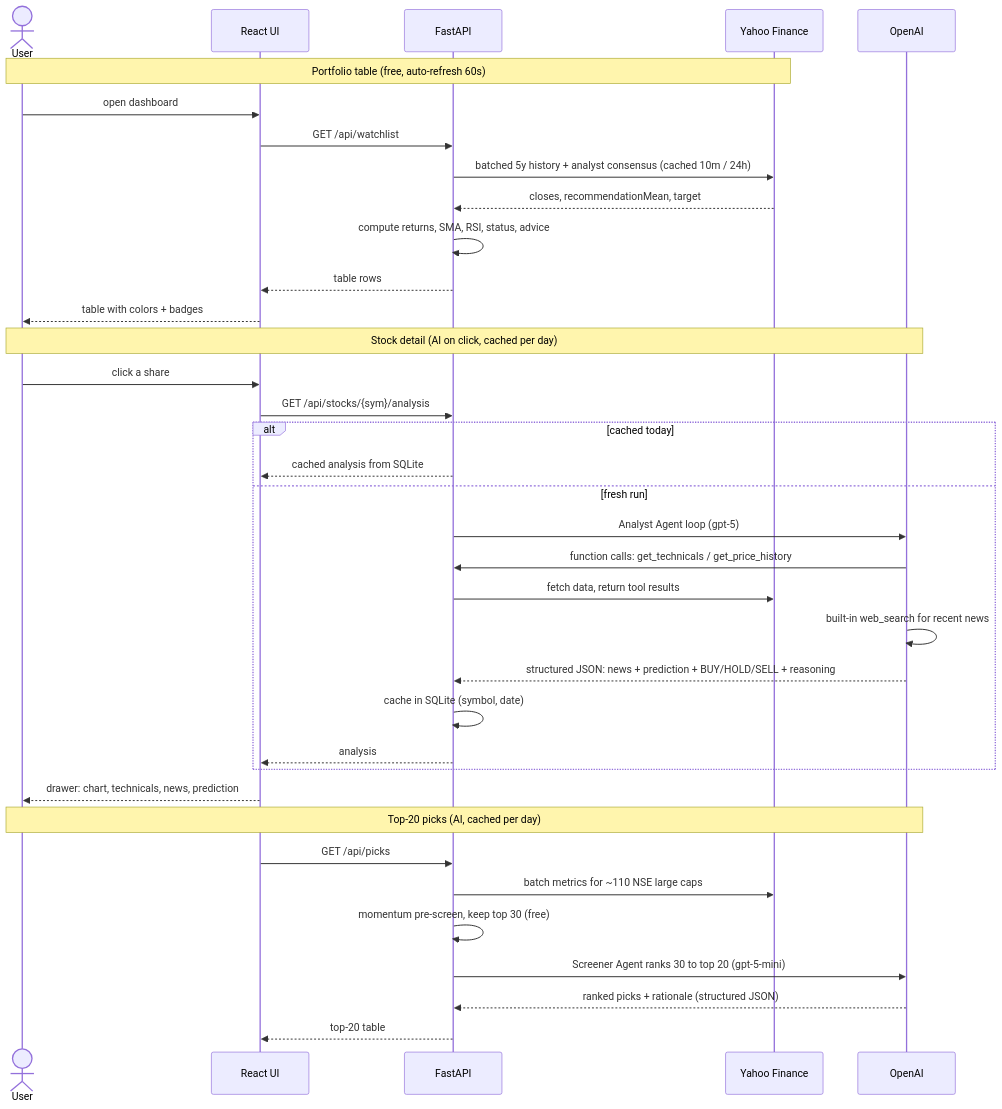
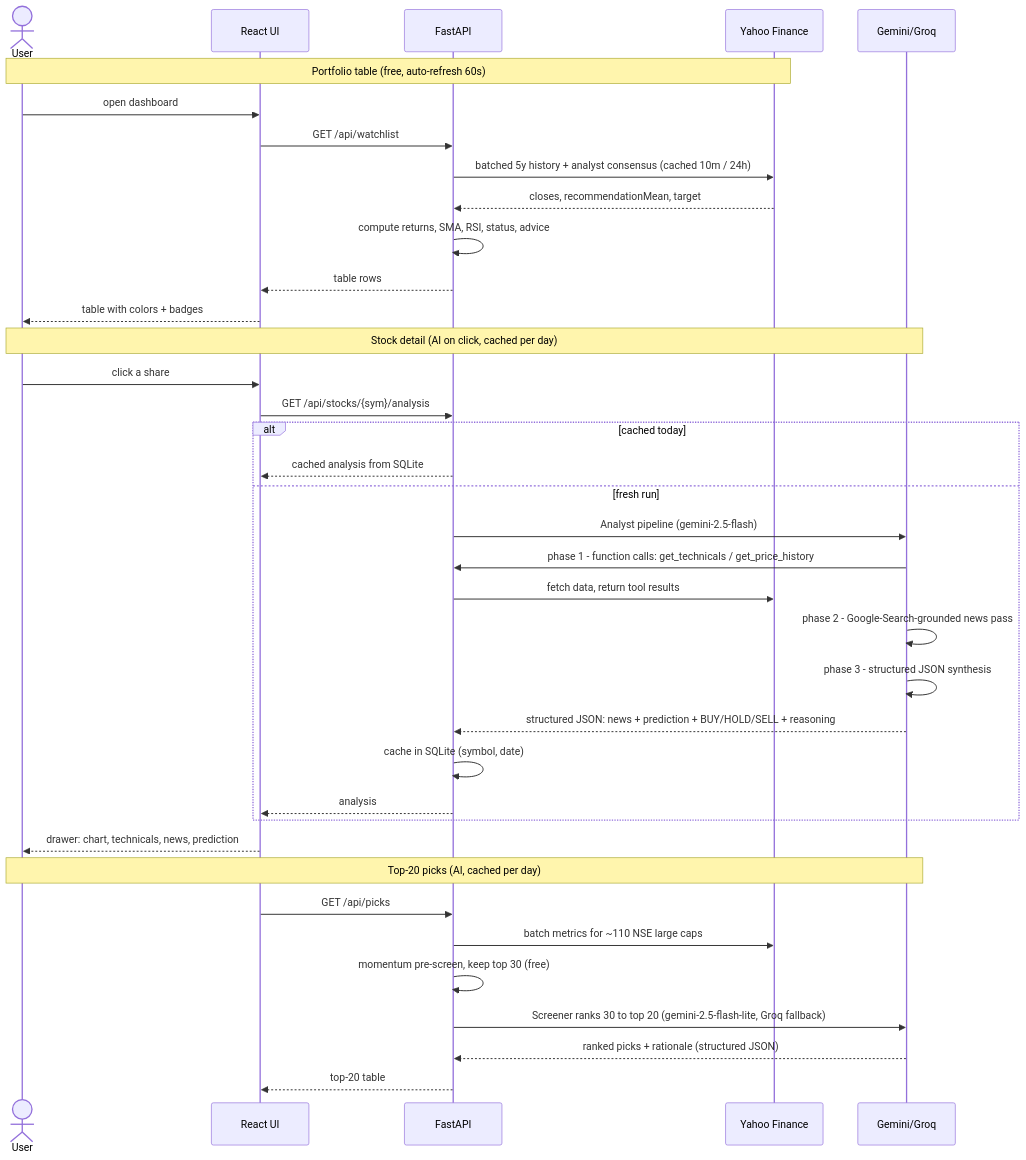
One commit to deepaknegi16/investment_adviser changed the second of 4 diagrams in DESIGN.md. Above: the diagram before and after it, drawn with Mermaid. The commit also changed other lines of this file and 10 other files, not shown here.

First line of the commit message:
Switch AI layer to free Gemini stack with Groq fallback

````diff
--- a/DESIGN.md
+++ b/DESIGN.md
@@ -52,41 +54,42 @@
 ```mermaid
 sequenceDiagram
     actor U as User
     participant F as React UI
     participant B as FastAPI
     participant Y as Yahoo Finance
-    participant O as OpenAI
+    participant O as Gemini/Groq
 
     Note over U,Y: Portfolio table (free, auto-refresh 60s)
     U->>F: open dashboard
     F->>B: GET /api/watchlist
     B->>Y: batched 5y history + analyst consensus (cached 10m / 24h)
     Y-->>B: closes, recommendationMean, target
     B->>B: compute returns, SMA, RSI, status, advice
     B-->>F: table rows
     F-->>U: table with colors + badges
 
     Note over U,O: Stock detail (AI on click, cached per day)
     U->>F: click a share
     F->>B: GET /api/stocks/{sym}/analysis
     alt cached today
         B-->>F: cached analysis from SQLite
     else fresh run
-        B->>O: Analyst Agent loop (gpt-5)
-        O->>B: function calls: get_technicals / get_price_history
+        B->>O: Analyst pipeline (gemini-2.5-flash)
+        O->>B: phase 1 - function calls: get_technicals / get_price_history
         B->>Y: fetch data, return tool results
-        O->>O: built-in web_search for recent news
+        O->>O: phase 2 - Google-Search-grounded news pass
+        O->>O: phase 3 - structured JSON synthesis
         O-->>B: structured JSON: news + prediction + BUY/HOLD/SELL + reasoning
         B->>B: cache in SQLite (symbol, date)
         B-->>F: analysis
     end
     F-->>U: drawer: chart, technicals, news, prediction
 
     Note over U,O: Top-20 picks (AI, cached per day)
     F->>B: GET /api/picks
     B->>Y: batch metrics for ~110 NSE large caps
     B->>B: momentum pre-screen, keep top 30 (free)
-    B->>O: Screener Agent ranks 30 to top 20 (gpt-5-mini)
+    B->>O: Screener ranks 30 to top 20 (gemini-2.5-flash-lite, Groq fallback)
     O-->>B: ranked picks + rationale (structured JSON)
     B-->>F: top-20 table
 ```
````
